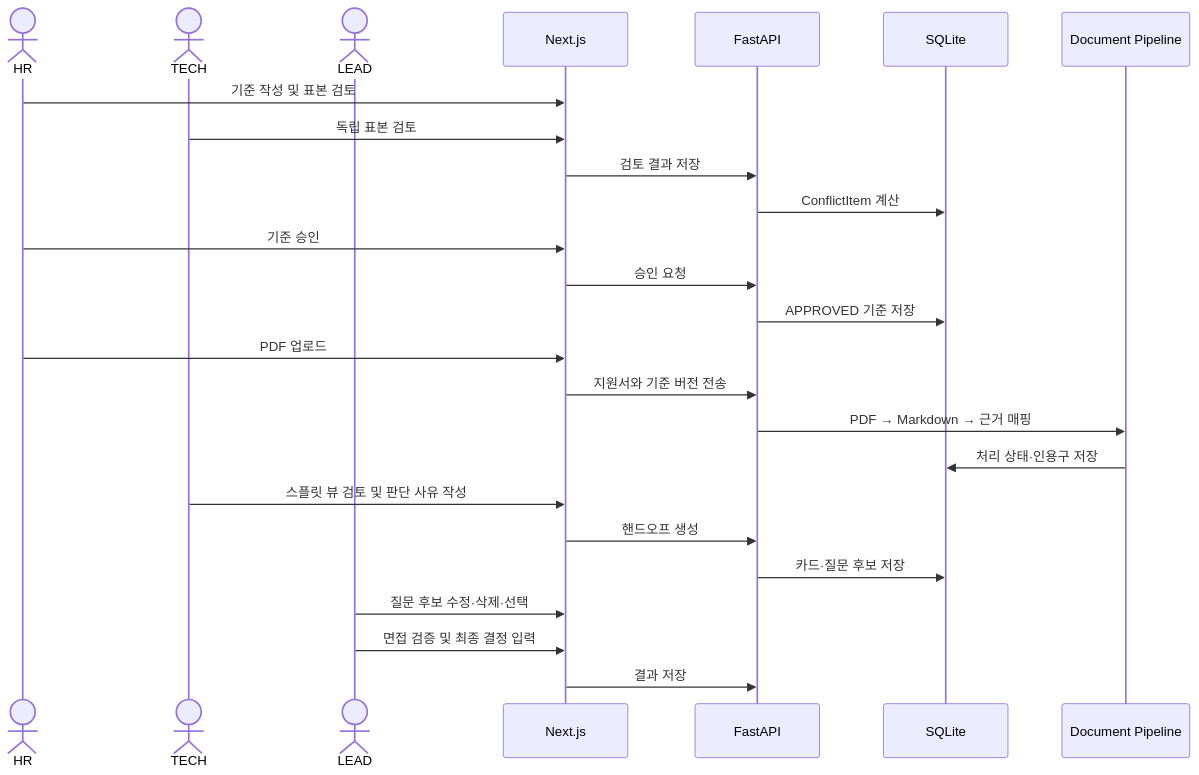
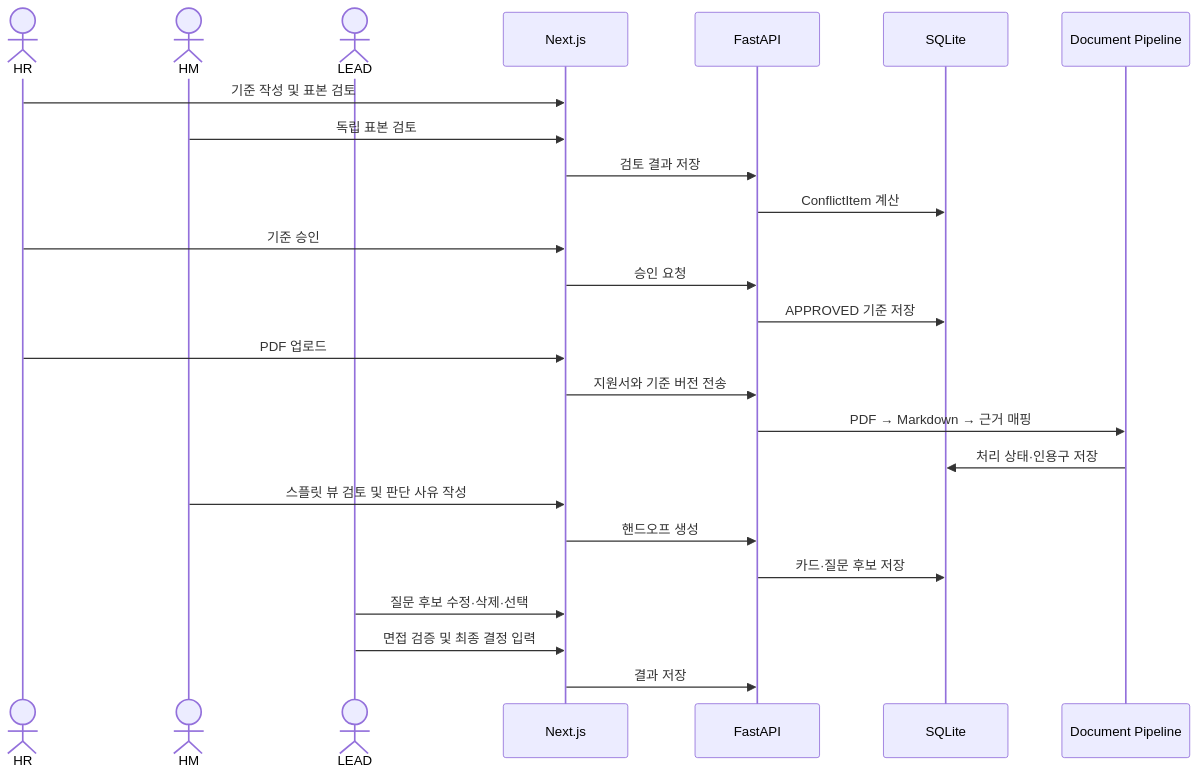
Before and after one commit to CSshk113/BLDT_BMAD: the second of 3 diagrams in _bmad-output/planning-artifacts/architecture/architecture-Zero100_Builderthon-2026-08-26/ARCHITECTURE-SPINE.md, drawn with Mermaid. The commit also changed other lines of this file and 3 other files, not shown here.

````diff
--- a/_bmad-output/planning-artifacts/architecture/architecture-Zero100_Builderthon-2026-08-26/ARCHITECTURE-SPINE.md
+++ b/_bmad-output/planning-artifacts/architecture/architecture-Zero100_Builderthon-2026-08-26/ARCHITECTURE-SPINE.md
@@ -169,30 +170,30 @@
 ```mermaid
 sequenceDiagram
     actor HR
-    actor TECH
+    actor HM
     actor LEAD
     participant UI as Next.js
     participant API as FastAPI
     participant DB as SQLite
     participant PIPE as Document Pipeline
 
     HR->>UI: 기준 작성 및 표본 검토
-    TECH->>UI: 독립 표본 검토
+    HM->>UI: 독립 표본 검토
     UI->>API: 검토 결과 저장
     API->>DB: ConflictItem 계산
     HR->>UI: 기준 승인
     UI->>API: 승인 요청
     API->>DB: APPROVED 기준 저장
 
     HR->>UI: PDF 업로드
     UI->>API: 지원서와 기준 버전 전송
     API->>PIPE: PDF → Markdown → 근거 매핑
     PIPE->>DB: 처리 상태·인용구 저장
 
-    TECH->>UI: 스플릿 뷰 검토 및 판단 사유 작성
+    HM->>UI: 스플릿 뷰 검토 및 판단 사유 작성
     UI->>API: 핸드오프 생성
     API->>DB: 카드·질문 후보 저장
     LEAD->>UI: 질문 후보 수정·삭제·선택
     LEAD->>UI: 면접 검증 및 최종 결정 입력
     UI->>API: 결과 저장
 ```
````
